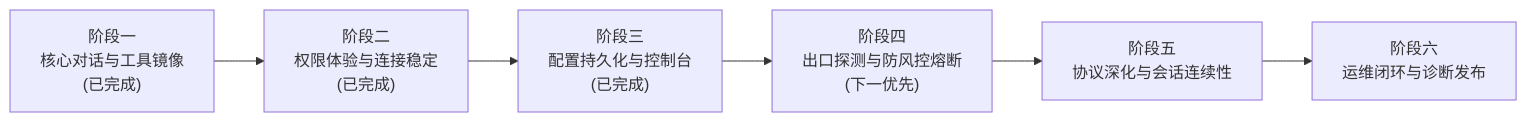
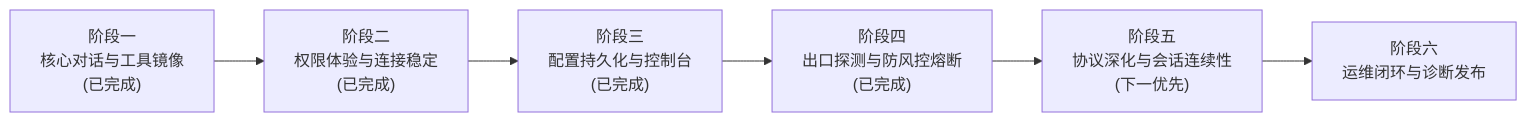
Before and after one commit to MorseWayne/dsh-agy-acp: the diagram in docs/roadmap.md, drawn with Mermaid. The commit also changed other lines of this file, not shown here.

Commit message:
docs(roadmap): mark phase 4 completed

````diff
--- a/docs/roadmap.md
+++ b/docs/roadmap.md
@@ -21,11 +21,11 @@
 ```mermaid
 flowchart LR
   P1["阶段一\n核心对话与工具镜像\n(已完成)"]
   P2["阶段二\n权限体验与连接稳定\n(已完成)"]
   P3["阶段三\n配置持久化与控制台\n(已完成)"]
-  P4["阶段四\n出口探测与防风控熔断\n(下一优先)"]
-  P5["阶段五\n协议深化与会话连续性"]
+  P4["阶段四\n出口探测与防风控熔断\n(已完成)"]
+  P5["阶段五\n协议深化与会话连续性\n(下一优先)"]
   P6["阶段六\n运维闭环与诊断发布"]
 
   P1 --> P2 --> P3 --> P4 --> P5 --> P6
 ```
````
